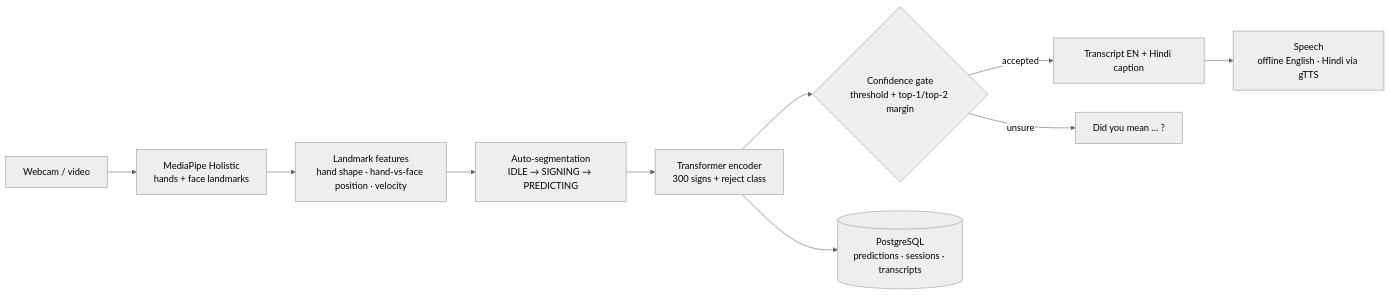
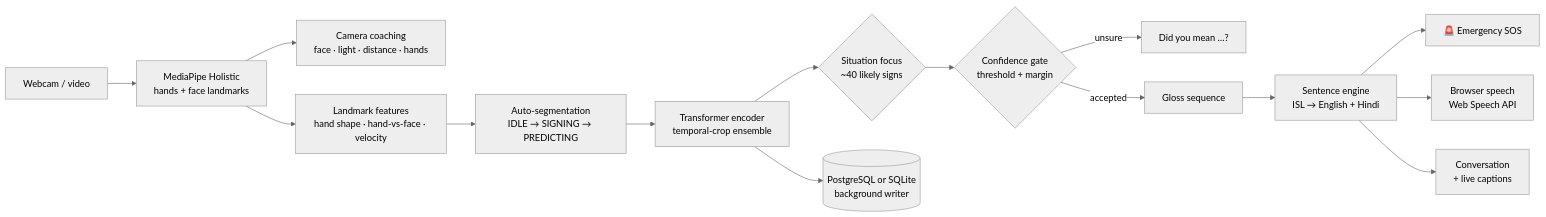
The diagram in README.md (harshit174/SignSetu), drawn with Mermaid (neutral theme) before and after one commit. The commit also changed other lines of this file and 17 other files, not shown here.

````diff
--- a/README.md
+++ b/README.md
@@ -46,12 +102,17 @@
 ```mermaid
 flowchart LR
   A[Webcam / video] --> B[MediaPipe Holistic<br/>hands + face landmarks]
-  B --> C[Landmark features<br/>hand shape · hand-vs-face position · velocity]
+  B --> Q[Camera coaching<br/>face · light · distance · hands]
+  B --> C[Landmark features<br/>hand shape · hand-vs-face · velocity]
   C --> D[Auto-segmentation<br/>IDLE → SIGNING → PREDICTING]
-  D --> E[Transformer encoder<br/>300 signs + reject class]
-  E --> F{Confidence gate<br/>threshold + top-1/top-2 margin}
-  F -->|accepted| G[Transcript EN + Hindi caption]
-  F -->|unsure| H[Did you mean … ?]
-  G --> I[Speech<br/>offline English · Hindi via gTTS]
-  E --> J[(PostgreSQL<br/>predictions · sessions · transcripts)]
+  D --> E[Transformer encoder<br/>temporal-crop ensemble]
+  E --> S{Situation focus<br/>~40 likely signs}
+  S --> F{Confidence gate<br/>threshold + margin}
+  F -->|unsure| H[Did you mean …?]
+  F -->|accepted| G[Gloss sequence]
+  G --> L[Sentence engine<br/>ISL → English + Hindi]
+  L --> SOS[🚨 Emergency SOS]
+  L --> V[Browser speech<br/>Web Speech API]
+  L --> CV[Conversation<br/>+ live captions]
+  E --> DB[(PostgreSQL or SQLite<br/>background writer)]
 ```
````
